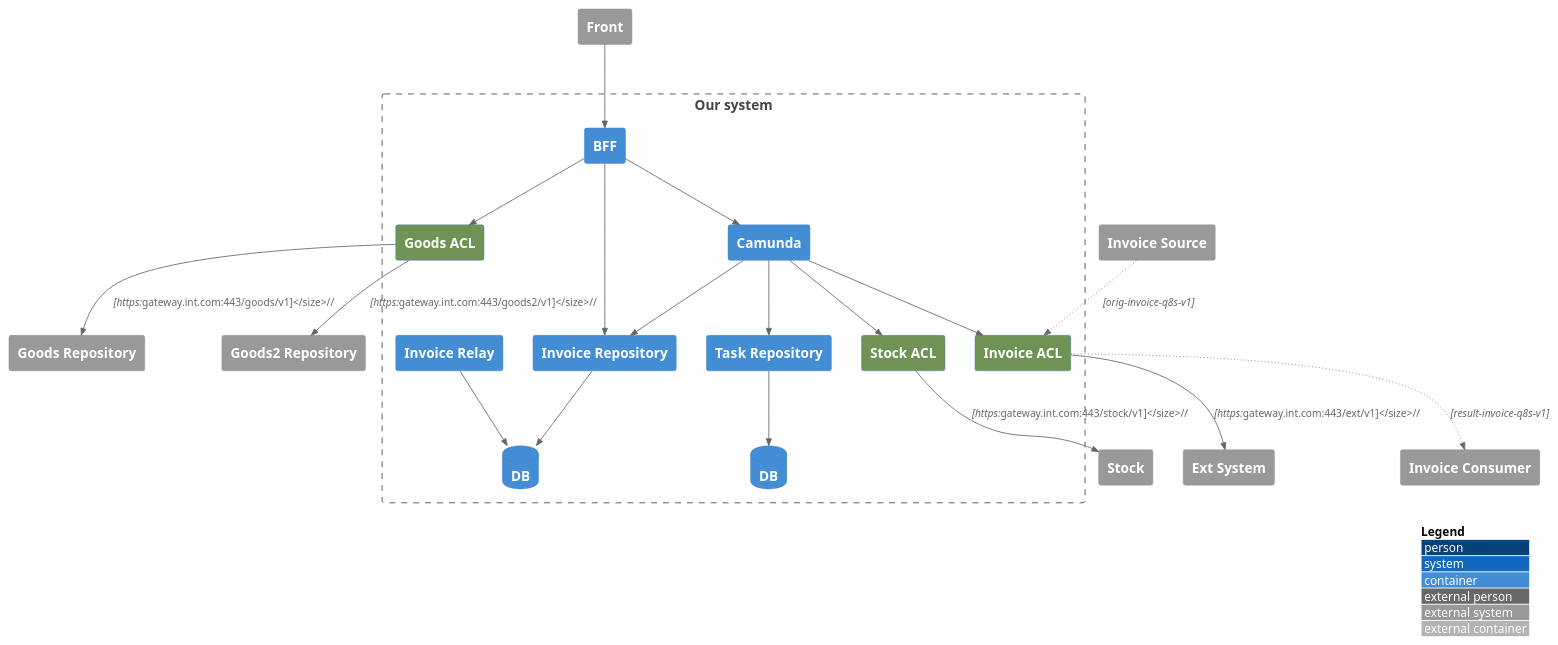
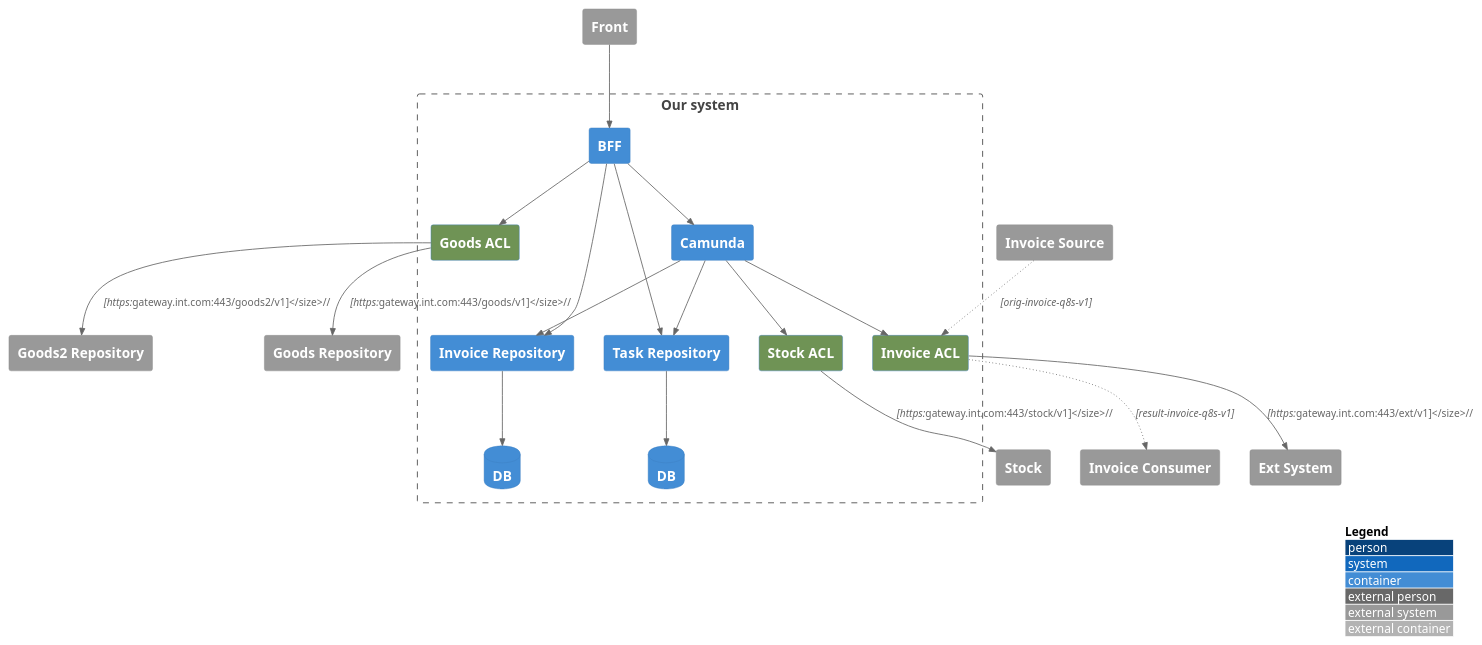
One commit to Byndyusoft/aact changed the diagram in architecture/C4L2.puml. Above: the diagram before and after it, drawn with PlantUML. The commit also changed 1 other file, not shown here.

```diff
--- a/architecture/C4L2.puml
+++ b/architecture/C4L2.puml
@@ -1,54 +1,56 @@
 @startuml "Demo Tests"
 !include https://raw.githubusercontent.com/plantuml-stdlib/C4-PlantUML/master/C4_Container.puml
 
 LAYOUT_WITH_LEGEND()
 
 AddRelTag("async",  $lineStyle = DottedLine())
 AddElementTag("acl",  $bgColor = "#6F9355")
 
 System_Ext(stock, "Stock")
 System_Ext(ext_system, "Ext System")
 System_Ext(invoice_source, "Invoice Source")
 System_Ext(invoice_dest, "Invoice Consumer")
 System_Ext(goods_repository, "Goods Repository")
 System_Ext(goods2_repository, "Goods2 Repository")
 System_Ext(front, "Front")
 
 Boundary(our_system, "Our system"){
         Container(bff, "BFF")
         Container(goods_acl, "Goods ACL", "", "", $tags="acl")
         Container(camunda, "Camunda")
         Container(task_repository, "Task Repository", "", "", $tags="repo")
         Container(invoice_repository, "Invoice Repository", "", "", $tags="repo")
         Container(invoice_acl, "Invoice ACL", "", "", $tags="acl")
         Container(stock_acl, "Stock ACL", "", "", $tags="acl")
 
         ContainerDb(task_repository_db,"DB")
         ContainerDb(invoice_repository_db,"DB")
 
-        Container(invoice_relay, "Invoice Relay", "", "", $tags="relay")
+        'Container(invoice_relay, "Invoice Relay", "", "", $tags="relay")
 }
 
 Rel(front, bff, "")
 Rel(bff, camunda, "")
 Rel(camunda, stock_acl, "")
 Rel(stock_acl, stock, "", "https://gateway.int.com:443/stock/v1")
 
 Rel(bff, goods_acl, "")
 Rel(goods_acl, goods_repository, "", "https://gateway.int.com:443/goods/v1")
 Rel(goods_acl, goods2_repository, "", "https://gateway.int.com:443/goods2/v1")
 
+Rel(bff, task_repository, "")
 Rel(task_repository, task_repository_db, "")
+'Rel(task_repository, bff, "")
 
 Rel(bff, invoice_repository, "")
 Rel(invoice_repository, invoice_repository_db, "")
-Rel(invoice_relay, invoice_repository_db, "")
+'Rel(invoice_relay, invoice_repository_db, "")
 
 Rel(camunda, task_repository, "")
 Rel(camunda, invoice_repository, "")
 Rel(camunda, invoice_acl, "")
 Rel(invoice_source, invoice_acl, "", "orig-invoice-q8s-v1", $tags="async")
 Rel(invoice_acl, invoice_dest, "", "result-invoice-q8s-v1", $tags="async")
 Rel(invoice_acl, ext_system, "", "https://gateway.int.com:443/ext/v1")
 
 @enduml
```
